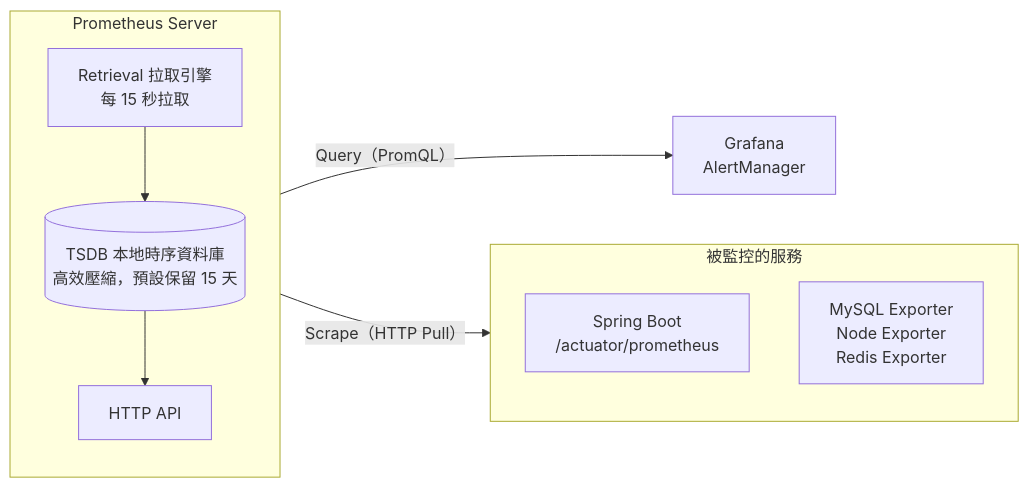
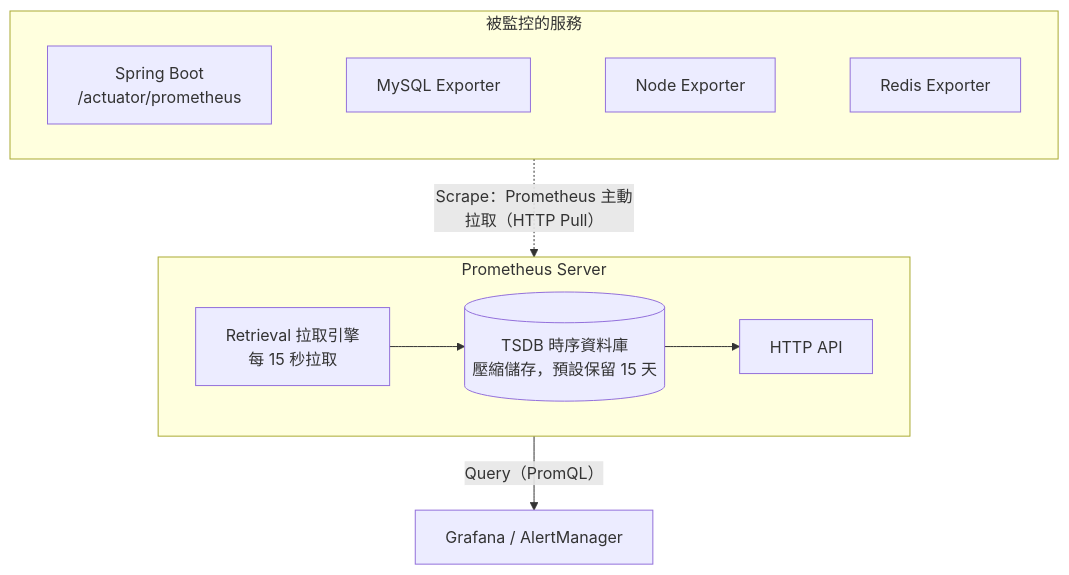
Before and after one commit to AnthonyFuFu/StudyNotes: the diagram in docs/engineering/monitoring/prometheus.md, drawn with Mermaid. The commit also changed 43 other files, not shown here.

````diff
--- a/docs/engineering/monitoring/prometheus.md
+++ b/docs/engineering/monitoring/prometheus.md
@@ -5,17 +5,13 @@
 ``` mermaid
-flowchart LR
+flowchart TB
     subgraph TARGETS ["被監控的服務"]
-        direction TB
-        SB["Spring Boot<br>/actuator/prometheus"]
-        EX["MySQL Exporter<br>Node Exporter<br>Redis Exporter"]
+        direction LR
+        SB["Spring Boot<br>/actuator/prometheus"] ~~~ EX1["MySQL Exporter"] ~~~ EX2["Node Exporter"] ~~~ EX3["Redis Exporter"]
     end
+    TARGETS -. "Scrape：Prometheus 主動拉取（HTTP Pull）" .-> SERVER
     subgraph SERVER ["Prometheus Server"]
-        direction TB
-        RET["Retrieval 拉取引擎<br>每 15 秒拉取"]
-        TSDB[("TSDB 本地時序資料庫<br>高效壓縮，預設保留 15 天")]
-        API["HTTP API"]
-        RET --> TSDB --> API
+        direction LR
+        RET["Retrieval 拉取引擎<br>每 15 秒拉取"] --> TSDB[("TSDB 時序資料庫<br>壓縮儲存，預設保留 15 天")] --> API["HTTP API"]
     end
-    RET -- "Scrape（HTTP Pull）" --> TARGETS
-    API -- "Query（PromQL）" --> CON["Grafana<br>AlertManager"]
+    SERVER -- "Query（PromQL）" --> CON["Grafana / AlertManager"]
 ```
````
